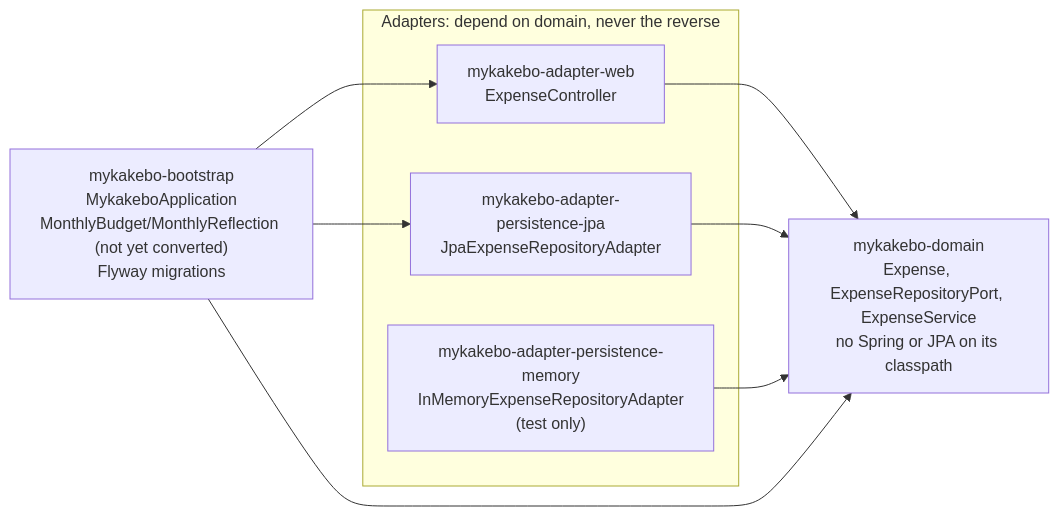
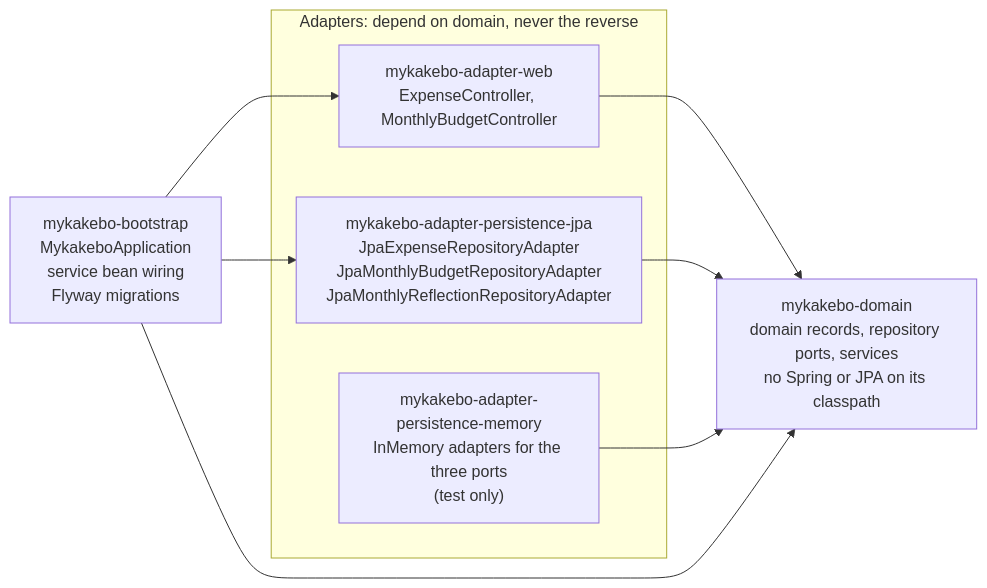
Before and after one commit to aliciagar2/MyKakebo: the second of 4 diagrams in README.md, drawn with Mermaid. The commit also changed other lines of this file, not shown here.

Commit message:
docs: update README for the budget and reflection conversion

````diff
--- a/README.md
+++ b/README.md
@@ -240,17 +239,17 @@
 ```mermaid
 flowchart LR
     subgraph adapters["Adapters: depend on domain, never the reverse"]
-        web["mykakebo-adapter-web<br/>ExpenseController"]
-        jpa["mykakebo-adapter-persistence-jpa<br/>JpaExpenseRepositoryAdapter"]
-        memory["mykakebo-adapter-persistence-memory<br/>InMemoryExpenseRepositoryAdapter<br/>(test only)"]
+        web["mykakebo-adapter-web<br/>ExpenseController, MonthlyBudgetController"]
+        jpa["mykakebo-adapter-persistence-jpa<br/>JpaExpenseRepositoryAdapter<br/>JpaMonthlyBudgetRepositoryAdapter<br/>JpaMonthlyReflectionRepositoryAdapter"]
+        memory["mykakebo-adapter-persistence-memory<br/>InMemory adapters for the three ports<br/>(test only)"]
     end
-    domain["mykakebo-domain<br/>Expense, ExpenseRepositoryPort, ExpenseService<br/>no Spring or JPA on its classpath"]
-    bootstrap["mykakebo-bootstrap<br/>MykakeboApplication<br/>MonthlyBudget/MonthlyReflection (not yet converted)<br/>Flyway migrations"]
+    domain["mykakebo-domain<br/>domain records, repository ports, services<br/>no Spring or JPA on its classpath"]
+    bootstrap["mykakebo-bootstrap<br/>MykakeboApplication<br/>service bean wiring<br/>Flyway migrations"]
 
     web --> domain
     jpa --> domain
     memory --> domain
     bootstrap --> web
     bootstrap --> jpa
     bootstrap --> domain
 ```
````
